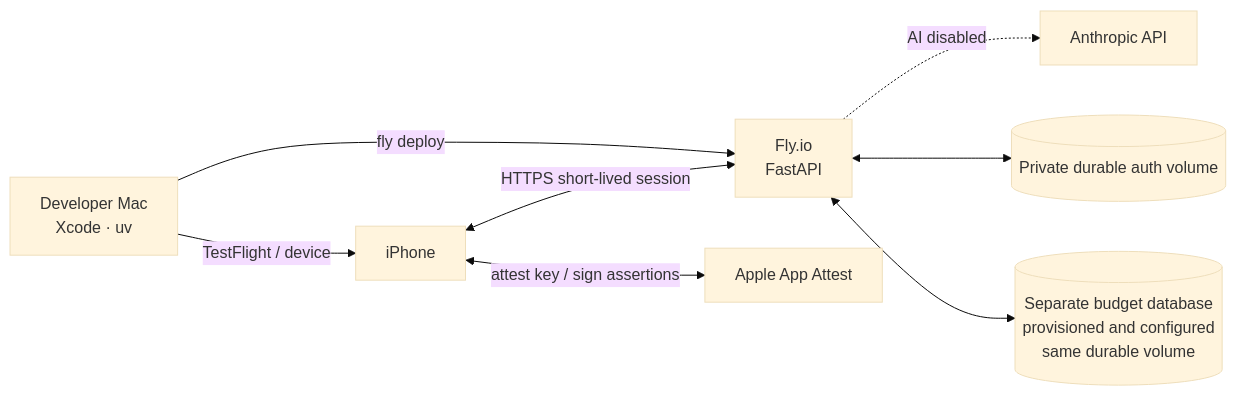
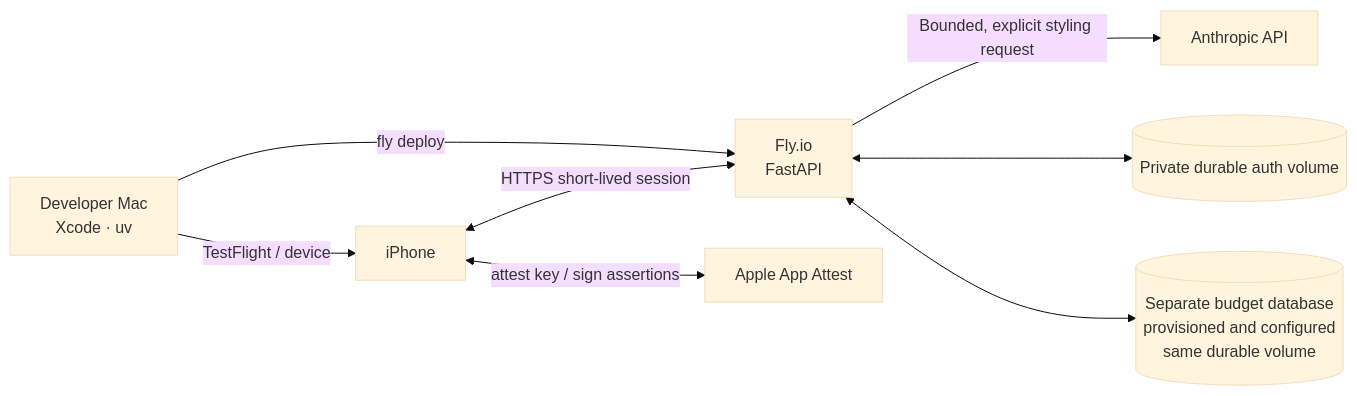
The sixth of 6 diagrams in docs/architecture.md (tzehon/wardrobe-stylist), drawn with Mermaid (base theme) before and after one commit. The commit also changed other lines of this file and 7 other files, not shown here.

Commit message:
docs: align pilot flow and operator instructions with v13

````diff
--- a/docs/architecture.md
+++ b/docs/architecture.md
@@ -313,10 +313,10 @@
 ```mermaid
 flowchart LR
     Dev["Developer Mac<br/>Xcode · uv"] -->|"TestFlight / device"| Phone["iPhone"]
     Dev -->|"fly deploy"| Fly["Fly.io<br/>FastAPI"]
     Phone <-->|"HTTPS short-lived session"| Fly
-    Fly -.->|"AI disabled"| Anthropic["Anthropic API"]
+    Fly -->|"Bounded, explicit styling request"| Anthropic["Anthropic API"]
     Phone <-->|"attest key / sign assertions"| Apple["Apple App Attest"]
     Fly <--> AuthDB[("Private durable auth volume")]
     Fly <--> BudgetDB[("Separate budget database<br/>provisioned and configured<br/>same durable volume")]
 ```
````
